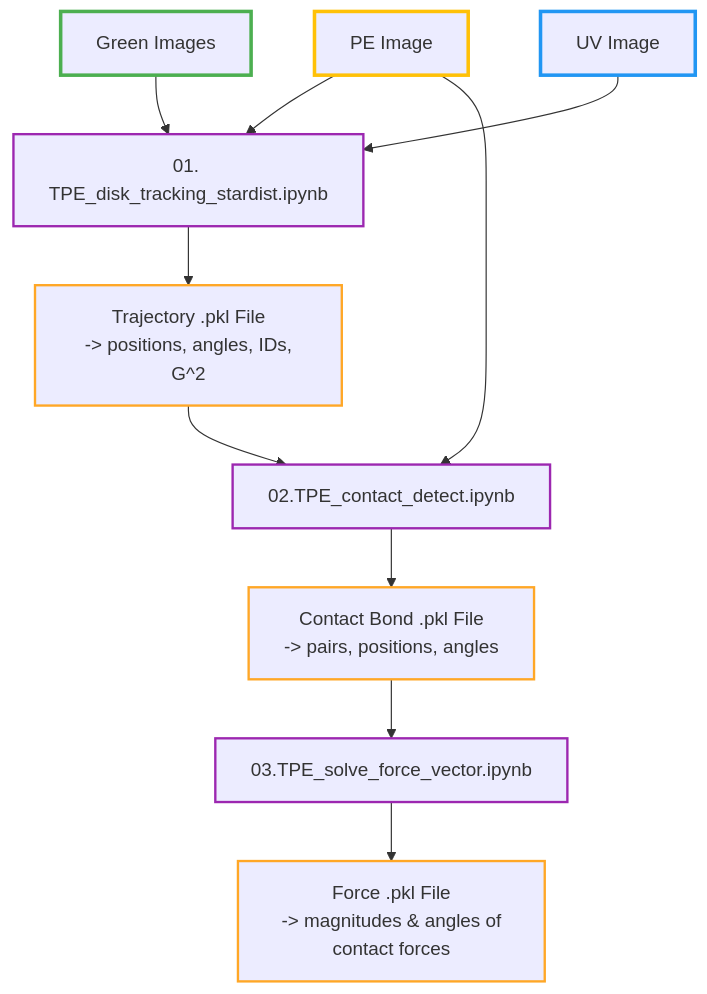
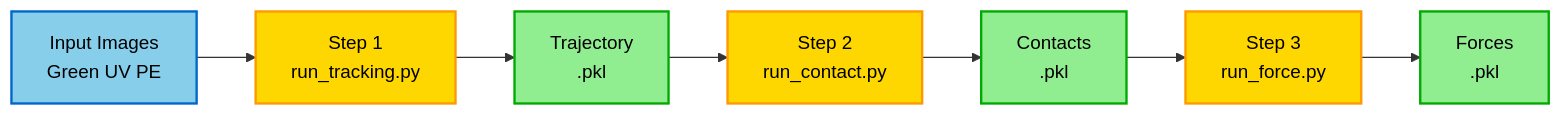
One commit to jctsaigroup/TPE-Disk-Image-Processing changed the diagram in README.md. Above: the diagram before and after it, drawn with Mermaid. The commit also changed other lines of this file and 10 other files, not shown here.

````diff
--- a/README.md
+++ b/README.md
@@ -28,23 +20,20 @@
 ```mermaid
-
-flowchart TD
-    I1[Green Images] --> B[01. TPE_disk_tracking_stardist.ipynb]
-    I2[UV Image] --> B
-    I3[PE Image] --> B
-    I3 --> D
-    B --> C[Trajectory .pkl File<br/> -> positions, angles, IDs, G^2]
-    C --> D[02.TPE_contact_detect.ipynb]
-    D --> E[Contact Bond .pkl File<br/> -> pairs, positions, angles]
-    E --> F[03.TPE_solve_force_vector.ipynb]
-    F --> G[Force .pkl File<br/> -> magnitudes & angles of contact forces]
-        
-    style I1 stroke:#4CAF50,stroke-width:3px
-    style I2 stroke:#2196F3,stroke-width:3px
-    style I3 stroke:#FFC107,stroke-width:3px
-    style C stroke:#FFA726,stroke-width:2px
-    style E stroke:#FFA726,stroke-width:2px
-    style G stroke:#FFA726,stroke-width:2px
-    style B stroke:#9C27B0,stroke-width:2px
-    style D stroke:#9C27B0,stroke-width:2px
-    style F stroke:#9C27B0,stroke-width:2px
+graph LR
+    I[Input Images<br/>Green UV PE] 
+    S1[Step 1<br/>run_tracking.py]
+    O1[Trajectory<br/>.pkl]
+    S2[Step 2<br/>run_contact.py]
+    O2[Contacts<br/>.pkl]
+    S3[Step 3<br/>run_force.py]
+    O3[Forces<br/>.pkl]
+    
+    I --> S1 --> O1 --> S2 --> O2 --> S3 --> O3
+    
+    classDef input fill:#87CEEB,stroke:#0066cc,stroke-width:2px,color:#000
+    classDef process fill:#FFD700,stroke:#ff9900,stroke-width:2px,color:#000
+    classDef output fill:#90EE90,stroke:#00aa00,stroke-width:2px,color:#000
+    
+    class I input
+    class S1,S2,S3 process
+    class O1,O2,O3 output
 ```
````
